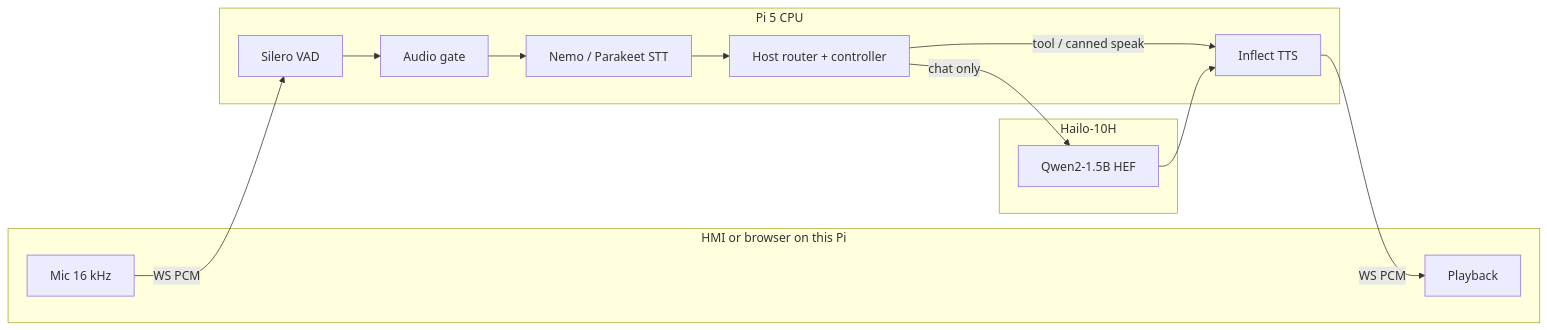
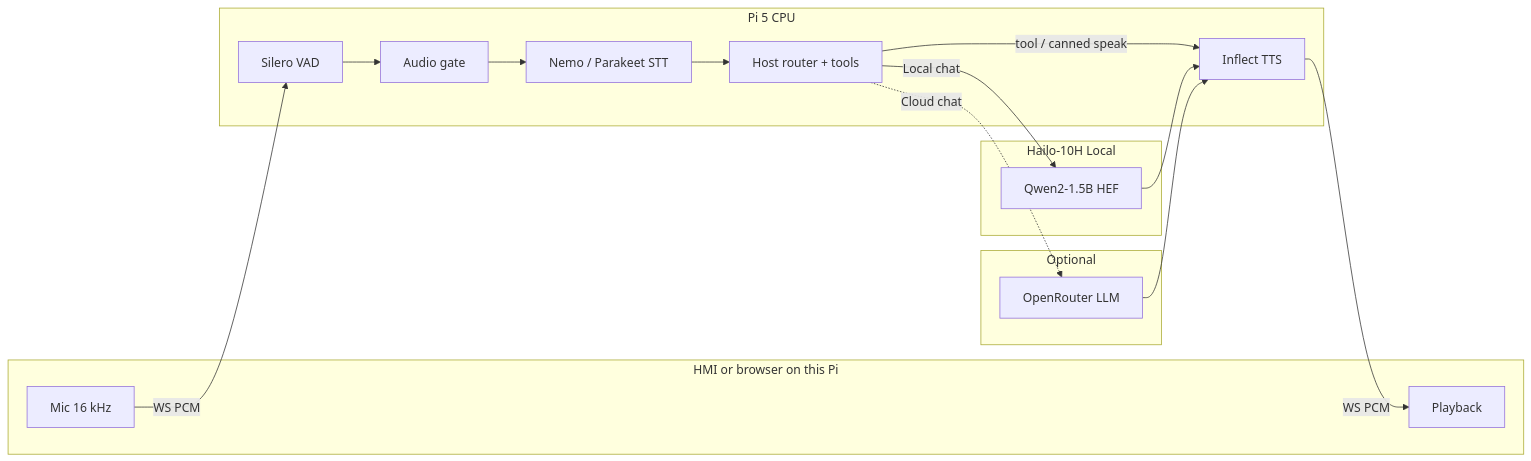
Before and after one commit to Senthi1Kumar/nova-s2s: the diagram in edge/nova-hailo/README.md, drawn with Mermaid. The commit also changed other lines of this file and 7 other files, not shown here.

First line of the commit message:
Document OpenRouter and recover HMI mic after duplex xruns.

````diff
--- a/edge/nova-hailo/README.md
+++ b/edge/nova-hailo/README.md
@@ -6,21 +7,25 @@
 ```mermaid
 flowchart LR
   subgraph CLIENT["HMI or browser on this Pi"]
     MIC["Mic 16 kHz"]
     SPK["Playback"]
   end
   subgraph CPU["Pi 5 CPU"]
     VAD["Silero VAD"]
     GATE["Audio gate"]
     ASR["Nemo / Parakeet STT"]
-    HOST["Host router + controller"]
+    HOST["Host router + tools"]
     TTS["Inflect TTS"]
   end
-  subgraph NPU["Hailo-10H"]
+  subgraph NPU["Hailo-10H Local"]
     LLM["Qwen2-1.5B HEF"]
+  end
+  subgraph CLOUD["Optional"]
+    OR["OpenRouter LLM"]
   end
   MIC -->|WS PCM| VAD --> GATE --> ASR --> HOST
   HOST -->|tool / canned speak| TTS
-  HOST -->|chat only| LLM --> TTS
+  HOST -->|Local chat| LLM --> TTS
+  HOST -.->|Cloud chat| OR --> TTS
   TTS -->|WS PCM| SPK
 ```
````
